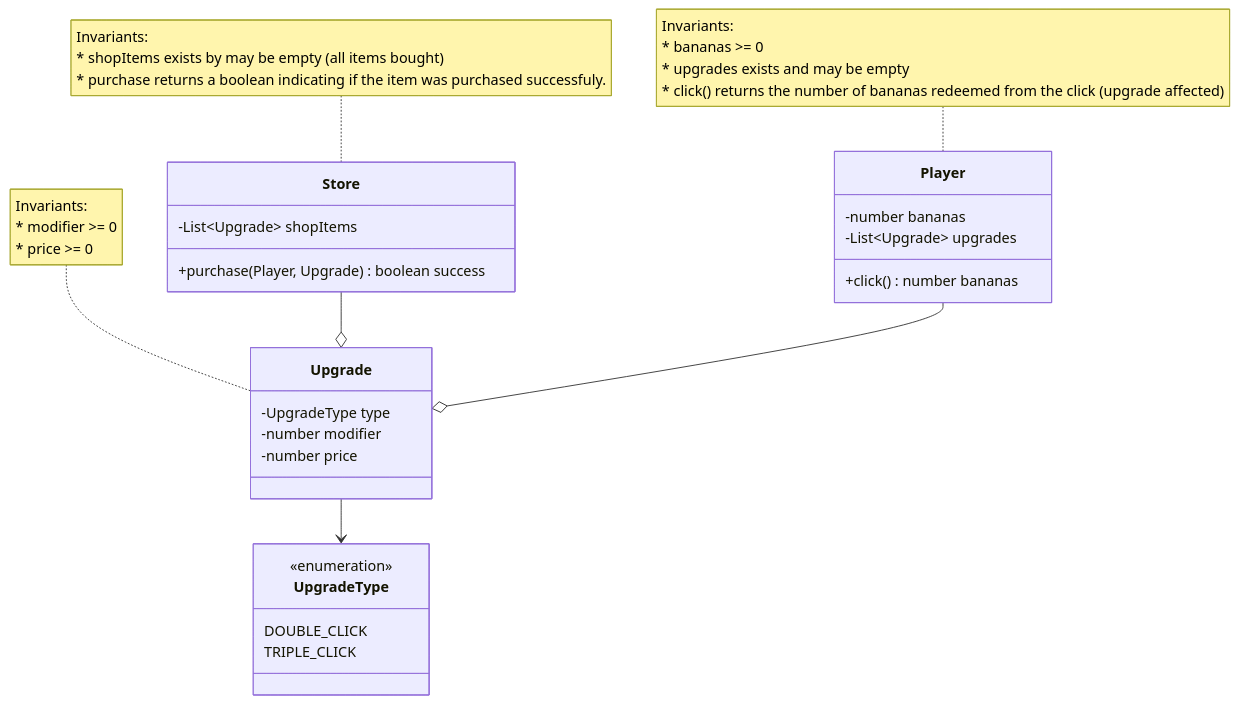
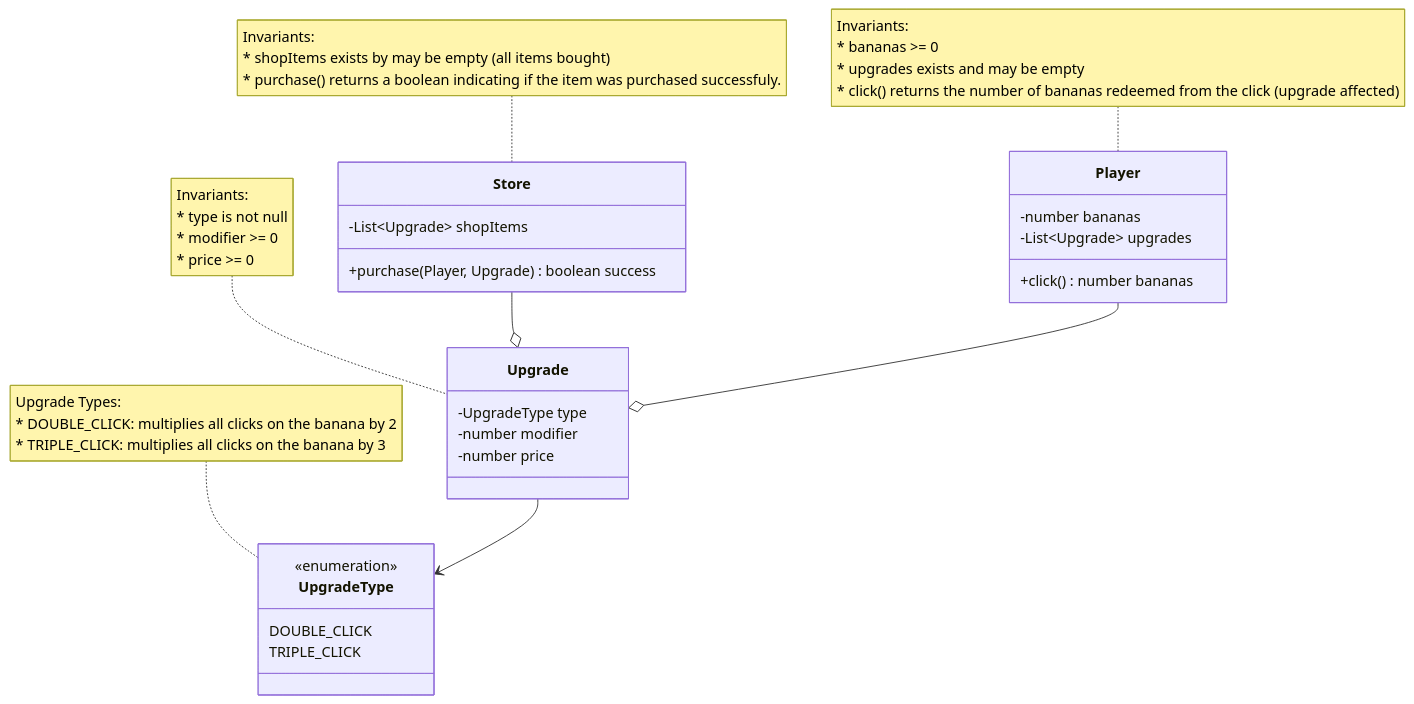
One commit to LiamMcCausland/Banana-Clicker changed the diagram in domain.md. Above: the diagram before and after it, drawn with Mermaid.

Commit message:
Added descriptions for the upgrade types.

````diff
--- a/domain.md
+++ b/domain.md
@@ -9,47 +9,52 @@
 ```mermaid
 classDiagram
 
     class Player{
         -number bananas
         -List~Upgrade~ upgrades
 
         +click() number bananas
     }
 
     note for Player "Invariants:
     * bananas >= 0
     * upgrades exists and may be empty
     * click() returns the number of bananas redeemed from the click (upgrade affected)"
 
     class Store{
         -List~Upgrade~ shopItems
         +purchase(Player, Upgrade) boolean success
     }
 
     note for Store "Invariants:
     * shopItems exists by may be empty (all items bought)
-    * purchase returns a boolean indicating if the item was purchased successfuly.
+    * purchase() returns a boolean indicating if the item was purchased successfuly.
     "
 
     class Upgrade {
         -UpgradeType type 
         -number modifier
         -number price
     }
 
     note for Upgrade "Invariants:
+    * type is not null
     * modifier >= 0
     * price >= 0
     "
 
     class UpgradeType {
         <<enumeration>>
         DOUBLE_CLICK
         TRIPLE_CLICK
     }
 
+    note for UpgradeType "Upgrade Types:
+    * DOUBLE_CLICK: multiplies all clicks on the banana by 2
+    * TRIPLE_CLICK: multiplies all clicks on the banana by 3
+    "
+
     Upgrade --> UpgradeType
     Store --o Upgrade
     Player --o Upgrade
-
 ```
````
